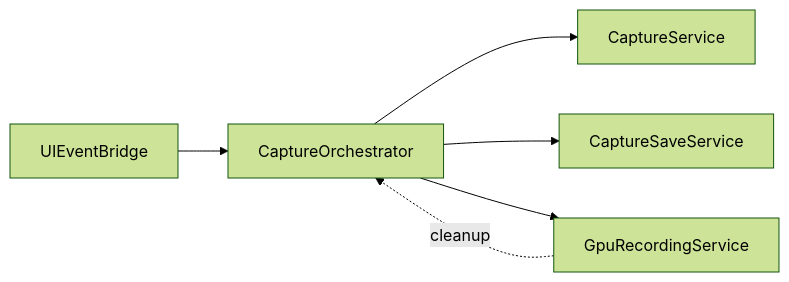
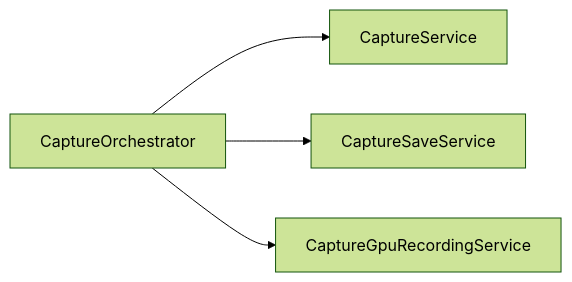
The third of 6 diagrams in docs/architecture-diagrams-onboarding.md (josstei/prismgb-app), drawn with Mermaid (forest theme) before and after one commit. The commit also changed other lines of this file and 50 other files, not shown here.

````diff
--- a/docs/architecture-diagrams-onboarding.md
+++ b/docs/architecture-diagrams-onboarding.md
@@ -51,14 +49,11 @@
 ```mermaid
 flowchart LR
-  UIEventBridge[UIEventBridge]
   CaptureOrchestrator[CaptureOrchestrator]
   CaptureService[CaptureService]
   CaptureSaveService[CaptureSaveService]
-  GpuRecordingService[GpuRecordingService]
+  CaptureGpuRecordingService[CaptureGpuRecordingService]
 
-  UIEventBridge --> CaptureOrchestrator
   CaptureOrchestrator --> CaptureService
   CaptureOrchestrator --> CaptureSaveService
-  CaptureOrchestrator --> GpuRecordingService
-  GpuRecordingService -. cleanup .-> CaptureOrchestrator
+  CaptureOrchestrator --> CaptureGpuRecordingService
 ```
````
